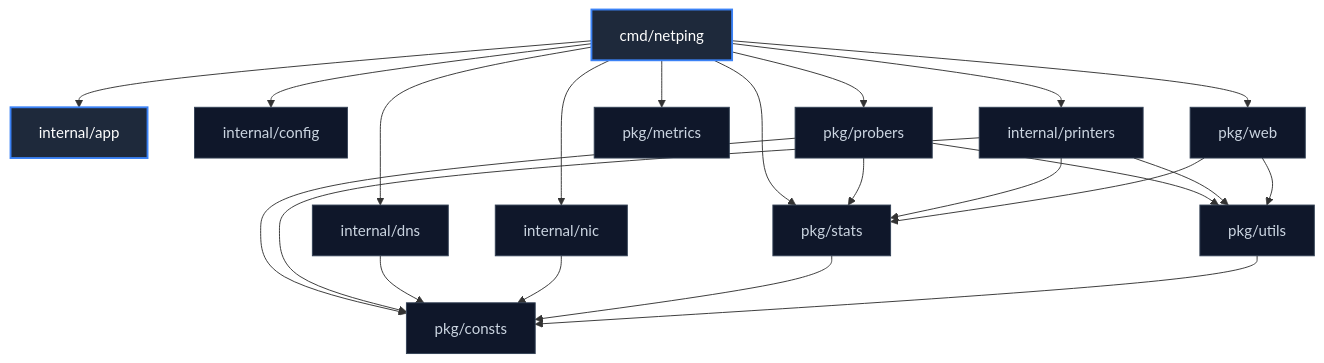
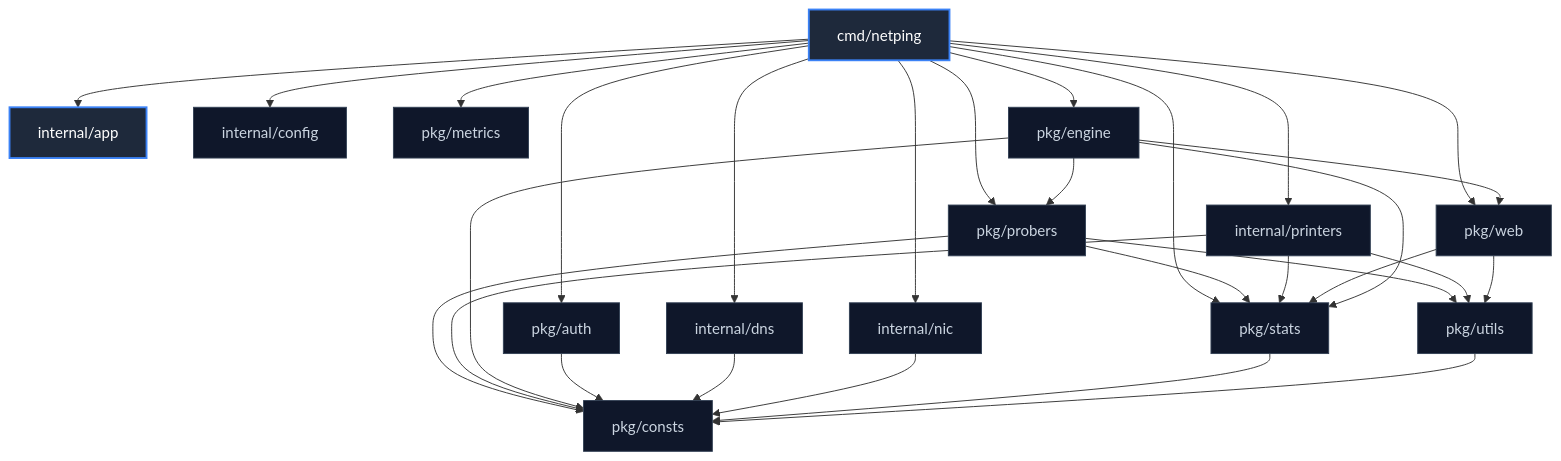
One commit to edsilegxrepo/netping changed the fourth of 5 diagrams in ARCHITECTURE.md. Above: the diagram before and after it, drawn with Mermaid. The commit also changed other lines of this file and 67 other files, not shown here.

````diff
--- a/ARCHITECTURE.md
+++ b/ARCHITECTURE.md
@@ -221,33 +221,41 @@
 ```mermaid
 graph TD
     cmd[cmd/netping] --> app[internal/app]
     cmd --> config[internal/config]
     cmd --> probers[pkg/probers]
     cmd --> printers[internal/printers]
     cmd --> dns[internal/dns]
     cmd --> nic[internal/nic]
     cmd --> stats[pkg/stats]
     cmd --> metrics[pkg/metrics]
     cmd --> web[pkg/web]
+    cmd --> auth[pkg/auth]
+    cmd --> engine[pkg/engine]
 
     probers --> stats
     probers --> utils[pkg/utils]
     probers --> consts[pkg/consts]
 
     printers --> stats
     printers --> utils
     printers --> consts
 
     web --> stats
     web --> utils
 
+    engine --> probers
+    engine --> stats
+    engine --> web
+    engine --> consts
+
+    auth --> consts
     dns --> consts
     nic --> consts
     stats --> consts
     utils --> consts
 
     classDef core fill:#1e293b,stroke:#3b82f6,stroke-width:2px,color:#fff;
     classDef leaf fill:#0f172a,stroke:#334155,stroke-width:1px,color:#cbd5e1;
     class cmd,app core;
-    class config,probers,printers,dns,nic,stats,utils,consts,metrics,web leaf;
+    class config,probers,printers,dns,nic,stats,utils,consts,metrics,web,auth,engine leaf;
 ```
````
